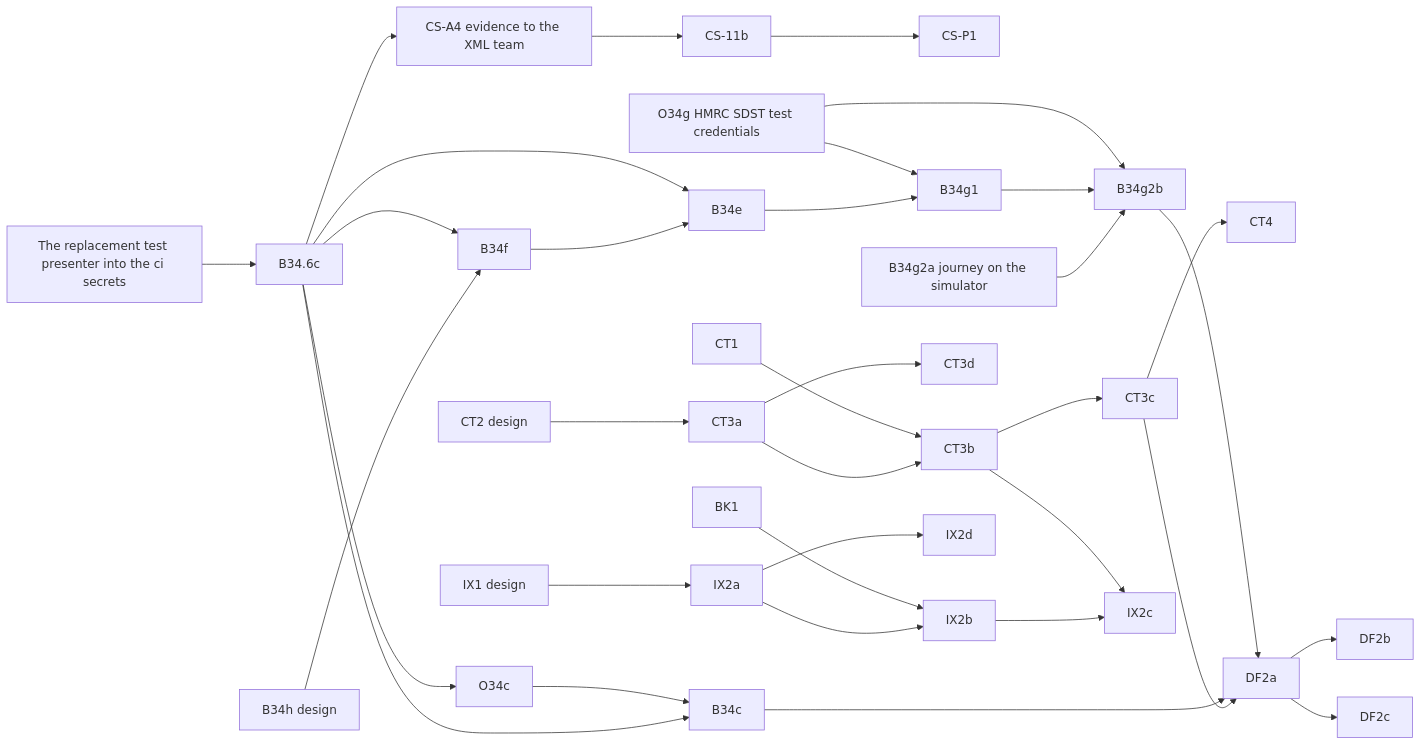
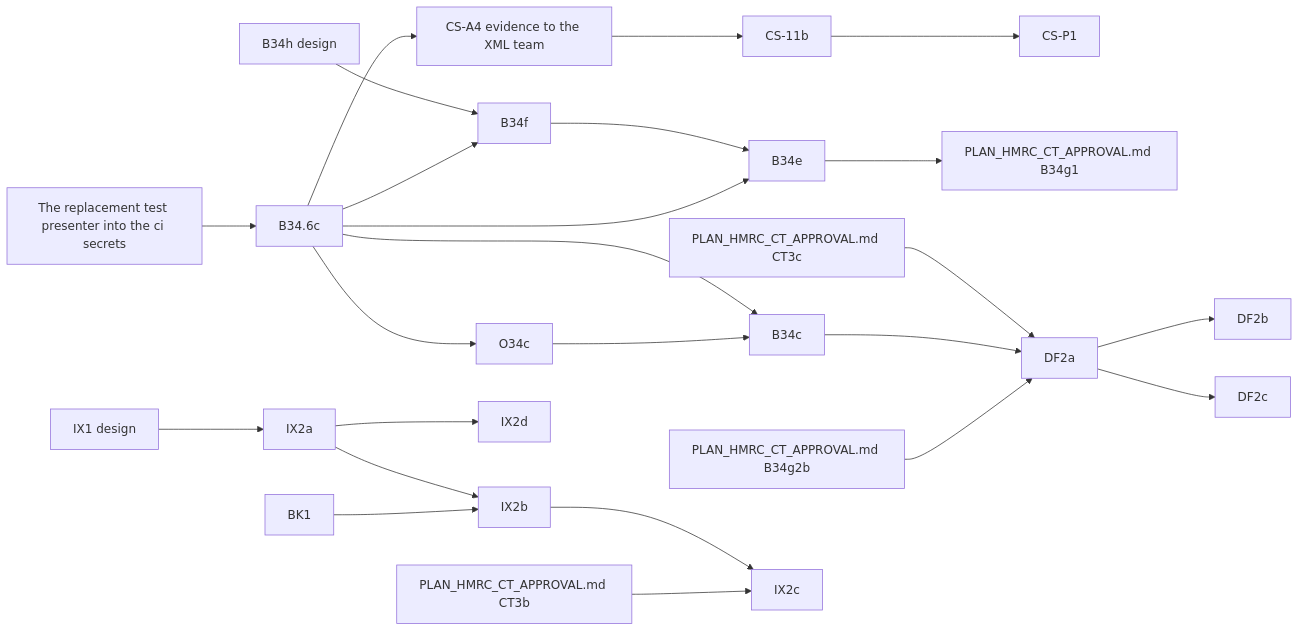
One commit to diy-accounting-uk/submit.diyaccounting.co.uk changed the diagram in PLAN_COMPANIES_HOUSE_APPROVAL.md. Above: the diagram before and after it, drawn with Mermaid. The commit also changed other lines of this file and 2 other files, not shown here.

First line of the commit message:
Plans: the HMRC Corporation Tax elements split out of PLAN_COMPANIES_HOUSE_APPROVAL.md into PLAN_HMRC_CT_APPROVAL.md

````diff
--- a/PLAN_COMPANIES_HOUSE_APPROVAL.md
+++ b/PLAN_COMPANIES_HOUSE_APPROVAL.md
@@ -113,36 +108,26 @@
 ```mermaid
 flowchart LR
     SEC[The replacement test presenter into the ci secrets] --> B346c[B34.6c]
     B346c --> O34c
     B346c --> B34c
     O34c --> B34c
     B346c --> CSA4[CS-A4 evidence to the XML team]
     CSA4 --> CS11b[CS-11b]
     CS11b --> CSP1[CS-P1]
     B34h[B34h design] --> B34f
     B34f --> B34e
-    B34e --> B34g1
-    B34g2a[B34g2a journey on the simulator] --> B34g2b
-    B34g1 --> B34g2b
-    O34g[O34g HMRC SDST test credentials] --> B34g1
-    O34g --> B34g2b
+    B34e --> B34g1["PLAN_HMRC_CT_APPROVAL.md B34g1"]
     B346c --> B34f
     B346c --> B34e
-    CT2[CT2 design] --> CT3a
-    CT3a --> CT3b
-    CT1 --> CT3b
-    CT3b --> CT3c
-    CT3c --> CT4
-    CT3a --> CT3d
-    CT3c --> DF2a
+    CT3c["PLAN_HMRC_CT_APPROVAL.md CT3c"] --> DF2a
     B34c --> DF2a
-    B34g2b --> DF2a
+    B34g2b["PLAN_HMRC_CT_APPROVAL.md B34g2b"] --> DF2a
     DF2a --> DF2b
     DF2a --> DF2c
     IX1[IX1 design] --> IX2a
     IX2a --> IX2b
     BK1 --> IX2b
     IX2b --> IX2c
-    CT3b --> IX2c
+    CT3b["PLAN_HMRC_CT_APPROVAL.md CT3b"] --> IX2c
     IX2a --> IX2d
 ```
````
